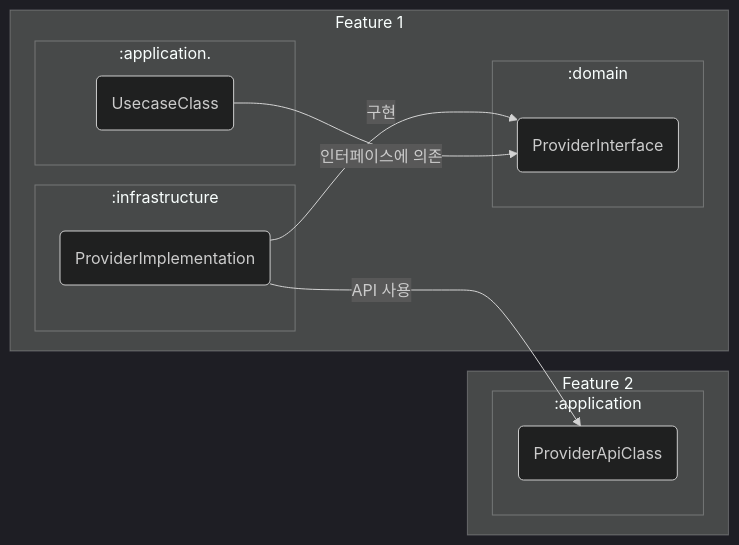
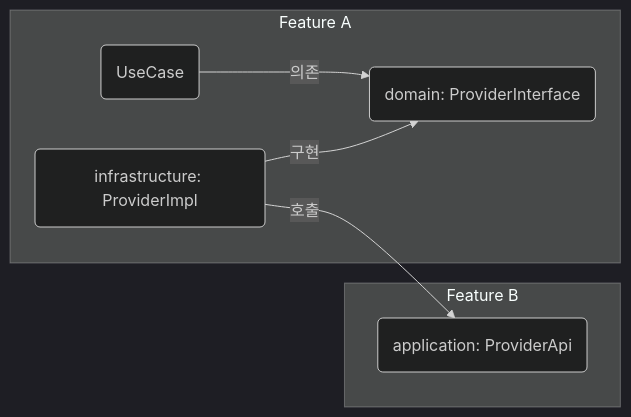
Before and after one commit to Turnin-Dev/turnin-server: the second of 2 diagrams in README.md, drawn with Mermaid (dark theme). The commit also changed other lines of this file and 2 other files, not shown here.

````diff
--- a/README.md
+++ b/README.md
@@ -137,23 +78,11 @@
 ```mermaid
 graph LR
-    subgraph Feature 1
-        subgraph :infrastructure
-            pimpl(ProviderImplementation)
-        end
-        subgraph :domain
-            pi(ProviderInterface)
-        end
-        subgraph :application.
-            uc(UsecaseClass)
-        end
+    subgraph Feature A
+        uc(UseCase) -- 의존 --> pi(domain: ProviderInterface)
+        pimpl(infrastructure: ProviderImpl) -- 구현 --> pi
     end
-    subgraph Feature 2
-        subgraph :application
-            pac(ProviderApiClass)
-        end
+    subgraph Feature B
+        pac(application: ProviderApi)
     end
-
-    pimpl -- 구현 --> pi
-    pimpl -- API 사용 --> pac
-    uc -- 인터페이스에 의존 --> pi
+    pimpl -- 호출 --> pac
 ```
````
